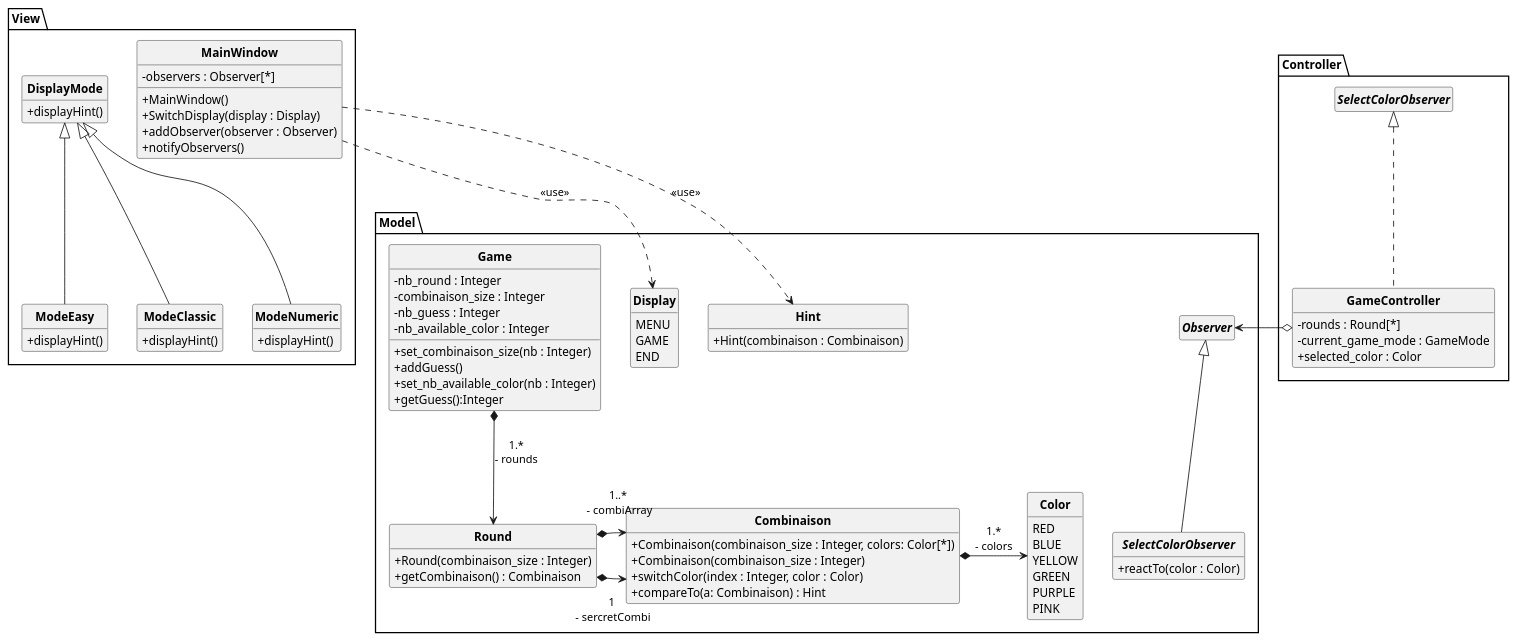
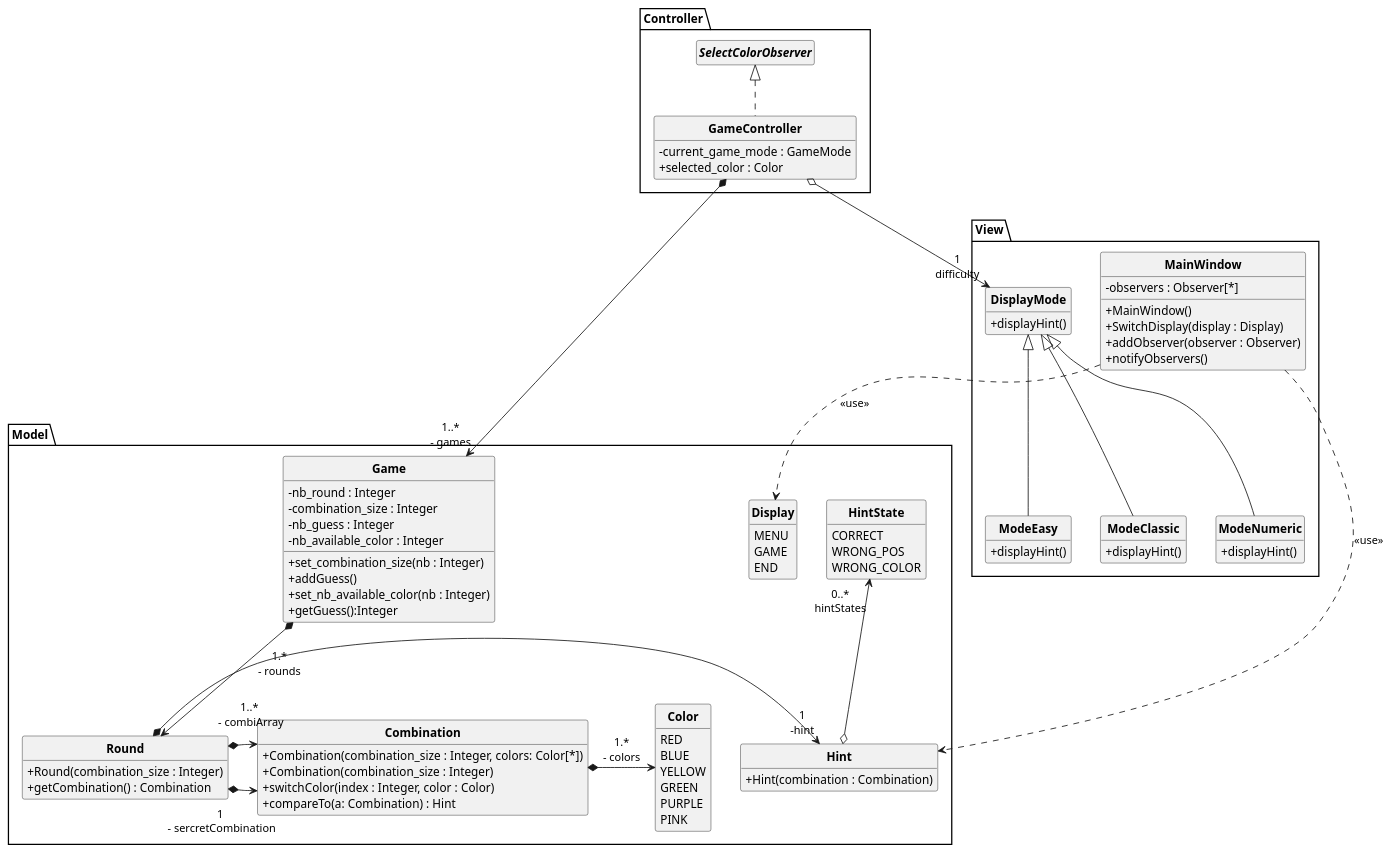
One commit to xeragon/Mastermind changed the diagram in V1/PUML/DCC.puml. Above: the diagram before and after it, drawn with PlantUML.

Commit message:
:memo: perfectionning DCC

```diff
--- a/V1/PUML/DCC.puml
+++ b/V1/PUML/DCC.puml
@@ -1,100 +1,104 @@
 @startuml
 'https://plantuml.com/sequence-diagram
 skinparam classAttributeIconSize 0
 skinparam classFontStyle Bold
 skinparam style strictuml
 hide empty members
 
 package Model{
-    interface Observer{}
-    interface SelectColorObserver implements Observer{
-        + reactTo(color : Color)
-    }
-
-    class Combinaison {
-        + Combinaison(combinaison_size : Integer, colors: Color[*])
-        + Combinaison(combinaison_size : Integer)
+    class Combination {
+        + Combination(combination_size : Integer, colors: Color[*])
+        + Combination(combination_size : Integer)
         + switchColor(index : Integer, color : Color)
-        + compareTo(a: Combinaison) : Hint
+        + compareTo(a: Combination) : Hint
     }
 
     enum Display{
         MENU
         GAME
         END
+    }
+
+    enum HintState {
+        CORRECT
+        'Bonne couleur bonne position
+        WRONG_POS
+        'Bonne couleur mauvaise position
+        WRONG_COLOR
+        'mauvaise couleur
     }
 
     enum Color {
         RED
         BLUE
         YELLOW
         GREEN
         PURPLE
         PINK
     }
 
     class Hint {
-        + Hint(combinaison : Combinaison)
+        + Hint(combination : Combination)
     }
 
     class Game {
         - nb_round : Integer
-        - combinaison_size : Integer
+        - combination_size : Integer
         - nb_guess : Integer
         - nb_available_color : Integer
-        + set_combinaison_size(nb : Integer)
+        + set_combination_size(nb : Integer)
         + addGuess()
         + set_nb_available_color(nb : Integer)
         + getGuess():Integer
     }
 
     class Round {
-        + Round(combinaison_size : Integer)
-        + getCombinaison() : Combinaison
+        + Round(combination_size : Integer)
+        + getCombination() : Combination
     }
     Game *--> Round : "1.*\n- rounds"
-    ' Game *-> Combinaison : "1\n- secret_combine"
-    ' Game *-> Combinaison
-    Combinaison *-> Color : "1.*\n- colors"
+    Combination *-> Color : "1.*\n- colors"
+    Round *-> "1\n-hint" Hint
+    Hint o-u-> "0..*\nhintStates" HintState
 }
 
 package View {
     class MainWindow {
         - observers : Observer[*]
         + MainWindow()
         + SwitchDisplay(display : Display)
         + addObserver(observer : Observer)
         + notifyObservers()
     }
 
     class DisplayMode {
         + displayHint()
     }
 
     class ModeEasy extends DisplayMode {
       + displayHint()
     }
     class ModeClassic extends DisplayMode {
       + displayHint()
     }
     class ModeNumeric extends DisplayMode {
       + displayHint()
     }
 }
 
 
 package Controller{
     class GameController implements SelectColorObserver {
-        - rounds : Round[*]
         - current_game_mode : GameMode
         + selected_color : Color
     }
+    GameController *--> "1..*\n- games" Game
+    GameController o--> "1\ndifficulty" DisplayMode
 }
-GameController o-> Observer
-Round *-> " 1 \n - sercretCombi" Combinaison
-Round *-> " 1..* \n - combiArray" Combinaison
+Round *-> " 1 \n - sercretCombination" Combination
+Round *-> " 1..* \n - combiArray" Combination
 
 MainWindow ..> Hint: <<use>>
 MainWindow ..> Display: <<use>>
 
 @enduml
```
